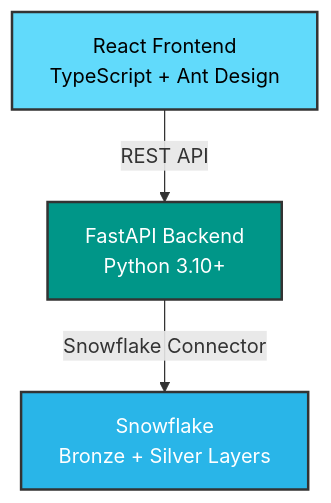
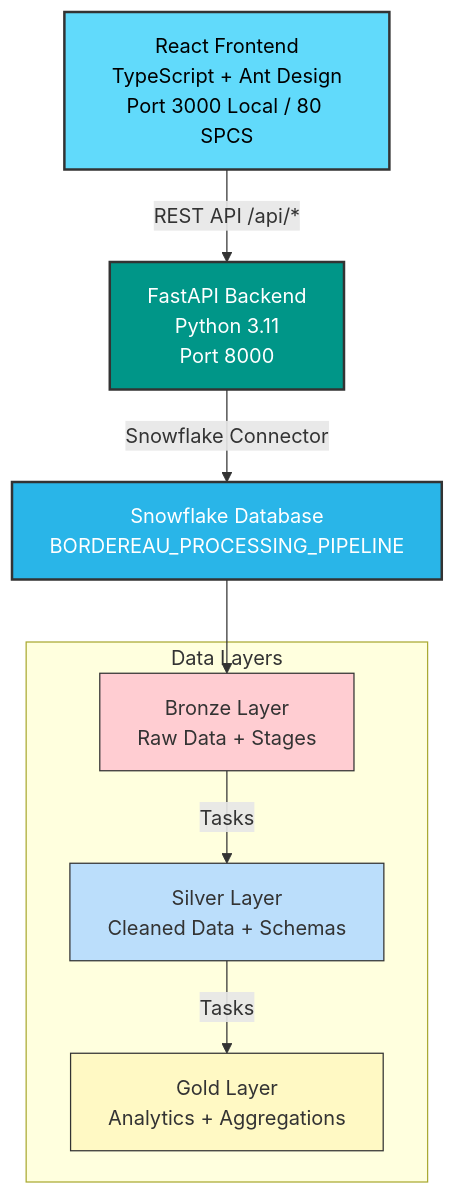
Before and after one commit to Boon67/bordereau_processing: the first of 2 diagrams in README.md, drawn with Mermaid. The commit also changed other lines of this file and 90 other files, not shown here.

````diff
--- a/README.md
+++ b/README.md
@@ -15,9 +15,22 @@
 ```mermaid
 graph TD
-    A[React Frontend<br/>TypeScript + Ant Design] -->|REST API| B[FastAPI Backend<br/>Python 3.10+]
-    B -->|Snowflake Connector| C[Snowflake<br/>Bronze + Silver Layers]
+    A[React Frontend<br/>TypeScript + Ant Design<br/>Port 3000 Local / 80 SPCS] -->|REST API /api/*| B[FastAPI Backend<br/>Python 3.11<br/>Port 8000]
+    B -->|Snowflake Connector| C[Snowflake Database<br/>BORDEREAU_PROCESSING_PIPELINE]
+    
+    subgraph Layers["Data Layers"]
+        Bronze[Bronze Layer<br/>Raw Data + Stages]
+        Silver[Silver Layer<br/>Cleaned Data + Schemas]
+        Gold[Gold Layer<br/>Analytics + Aggregations]
+    end
+    
+    C --> Bronze
+    Bronze -->|Tasks| Silver
+    Silver -->|Tasks| Gold
     
     style A fill:#61dafb,stroke:#333,stroke-width:2px,color:#000
     style B fill:#009688,stroke:#333,stroke-width:2px,color:#fff
     style C fill:#29b5e8,stroke:#333,stroke-width:2px,color:#fff
+    style Bronze fill:#ffcdd2,stroke:#333,stroke-width:1px
+    style Silver fill:#bbdefb,stroke:#333,stroke-width:1px
+    style Gold fill:#fff9c4,stroke:#333,stroke-width:1px
 ```
````
